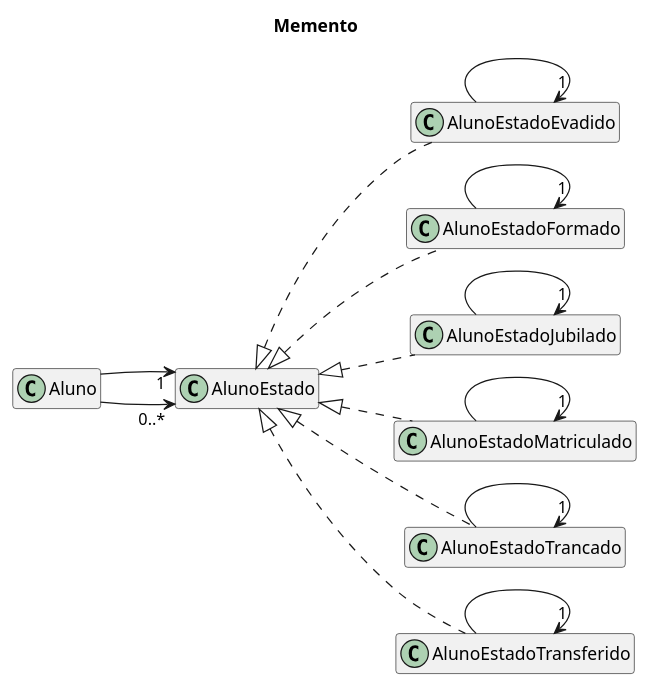
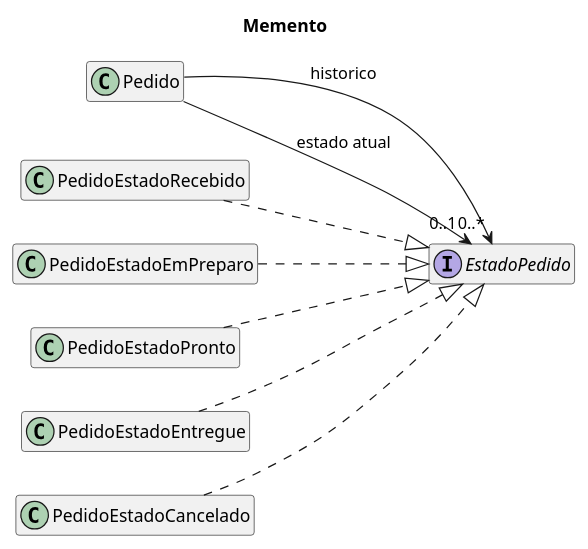
The diagram in Memento.puml (B4Hive/Memento-DCC078-2026-3-A), drawn with PlantUML before and after one commit. The commit also changed 11 other files, not shown here.

Commit message:
Implement Pedido and EstadoPedido classes with state management; add corresponding state classes and tests

```diff
--- a/Memento.puml
+++ b/Memento.puml
@@ -1,24 +1,23 @@
 @startuml Memento
 title Memento
 left to right direction
 hide members
 
-class Aluno
+class Pedido
+interface EstadoPedido
 
-Aluno --> "0..*" AlunoEstado
-Aluno --> "1" AlunoEstado
+Pedido --> "0..*" EstadoPedido : historico
+Pedido --> "0..1" EstadoPedido : estado atual
 
-class AlunoEstadoEvadido implements AlunoEstado
-class AlunoEstadoFormado implements AlunoEstado
-class AlunoEstadoJubilado implements AlunoEstado
-class AlunoEstadoMatriculado implements AlunoEstado
-class AlunoEstadoTrancado implements AlunoEstado
-class AlunoEstadoTransferido implements AlunoEstado
+class PedidoEstadoRecebido
+class PedidoEstadoEmPreparo
+class PedidoEstadoPronto
+class PedidoEstadoEntregue
+class PedidoEstadoCancelado
 
-AlunoEstadoEvadido --> "1" AlunoEstadoEvadido
-AlunoEstadoFormado --> "1" AlunoEstadoFormado
-AlunoEstadoJubilado --> "1" AlunoEstadoJubilado
-AlunoEstadoMatriculado --> "1" AlunoEstadoMatriculado
-AlunoEstadoTrancado --> "1" AlunoEstadoTrancado
-AlunoEstadoTransferido --> "1" AlunoEstadoTransferido
+PedidoEstadoRecebido ..|> EstadoPedido
+PedidoEstadoEmPreparo ..|> EstadoPedido
+PedidoEstadoPronto ..|> EstadoPedido
+PedidoEstadoEntregue ..|> EstadoPedido
+PedidoEstadoCancelado ..|> EstadoPedido
 @enduml
```
